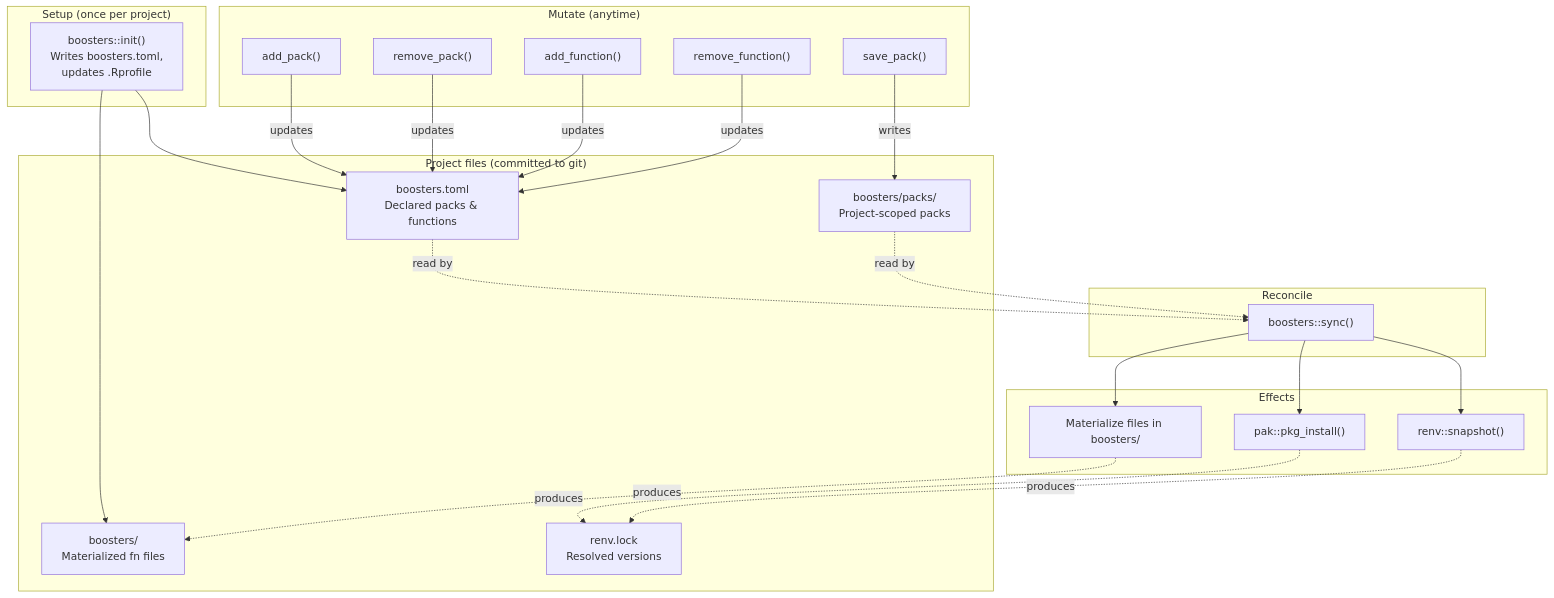
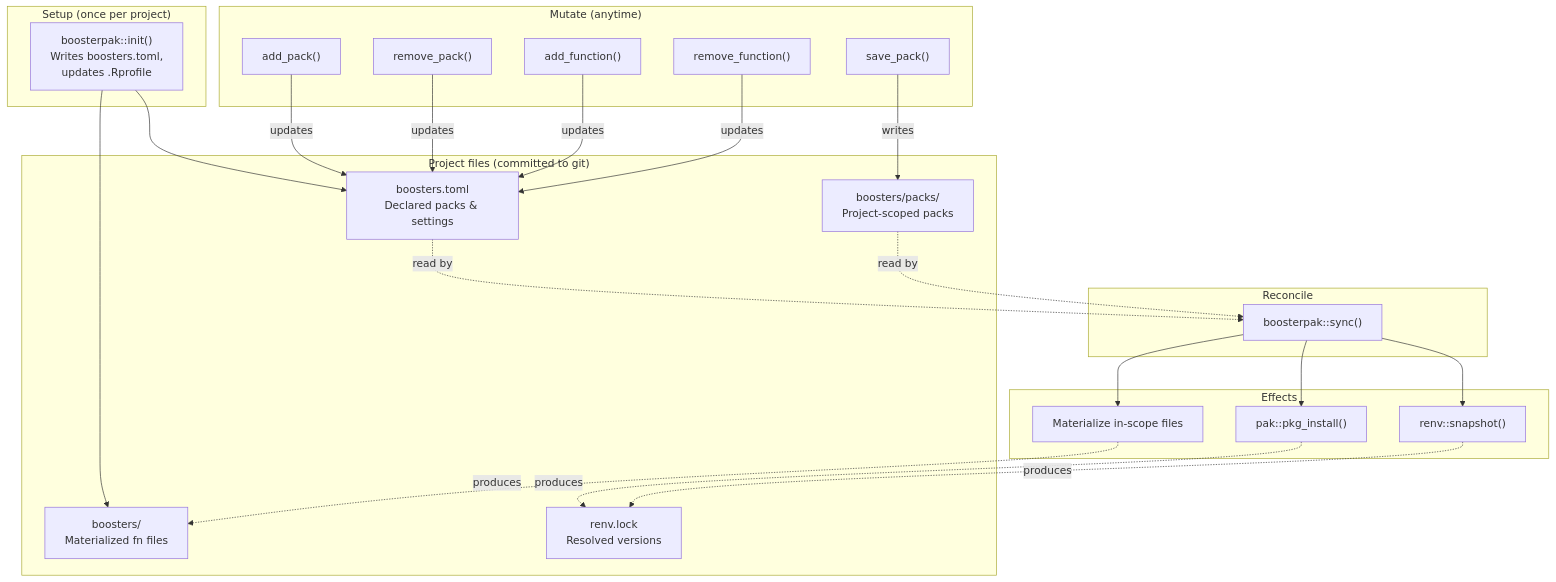
One commit to seanthimons/boosterpak changed the first of 2 diagrams in booster_pak_PRD.md. Above: the diagram before and after it, drawn with Mermaid. The commit also changed other lines of this file, not shown here.

````diff
--- a/booster_pak_PRD.md
+++ b/booster_pak_PRD.md
@@ -108,48 +108,48 @@
 ```mermaid
 flowchart TB
     subgraph setup["Setup (once per project)"]
-        init["boosters::init()<br/>Writes boosters.toml,<br/>updates .Rprofile"]
+        init["boosterpak::init()<br/>Writes boosters.toml,<br/>updates .Rprofile"]
     end
 
     subgraph files["Project files (committed to git)"]
-        toml["boosters.toml<br/>Declared packs & functions"]
+        toml["boosters.toml<br/>Declared packs & settings"]
         dir["boosters/<br/>Materialized fn files"]
         lock["renv.lock<br/>Resolved versions"]
         packs["boosters/packs/<br/>Project-scoped packs"]
     end
 
     subgraph mutate["Mutate (anytime)"]
         addp["add_pack()"]
         rmp["remove_pack()"]
         addf["add_function()"]
         rmf["remove_function()"]
         savep["save_pack()"]
     end
 
     subgraph reconcile["Reconcile"]
-        sync["boosters::sync()"]
+        sync["boosterpak::sync()"]
     end
 
     subgraph effects["Effects"]
         pak["pak::pkg_install()"]
-        write["Materialize files in boosters/"]
+        write["Materialize in-scope files"]
         snap["renv::snapshot()"]
     end
 
     init --> toml
     init --> dir
     addp -->|updates| toml
     rmp -->|updates| toml
     addf -->|updates| toml
     rmf -->|updates| toml
     savep -->|writes| packs
 
     toml -.->|read by| sync
     packs -.->|read by| sync
     sync --> pak
     sync --> write
     sync --> snap
     pak -.->|produces| lock
     snap -.->|produces| lock
     write -.->|produces| dir
 ```
````
